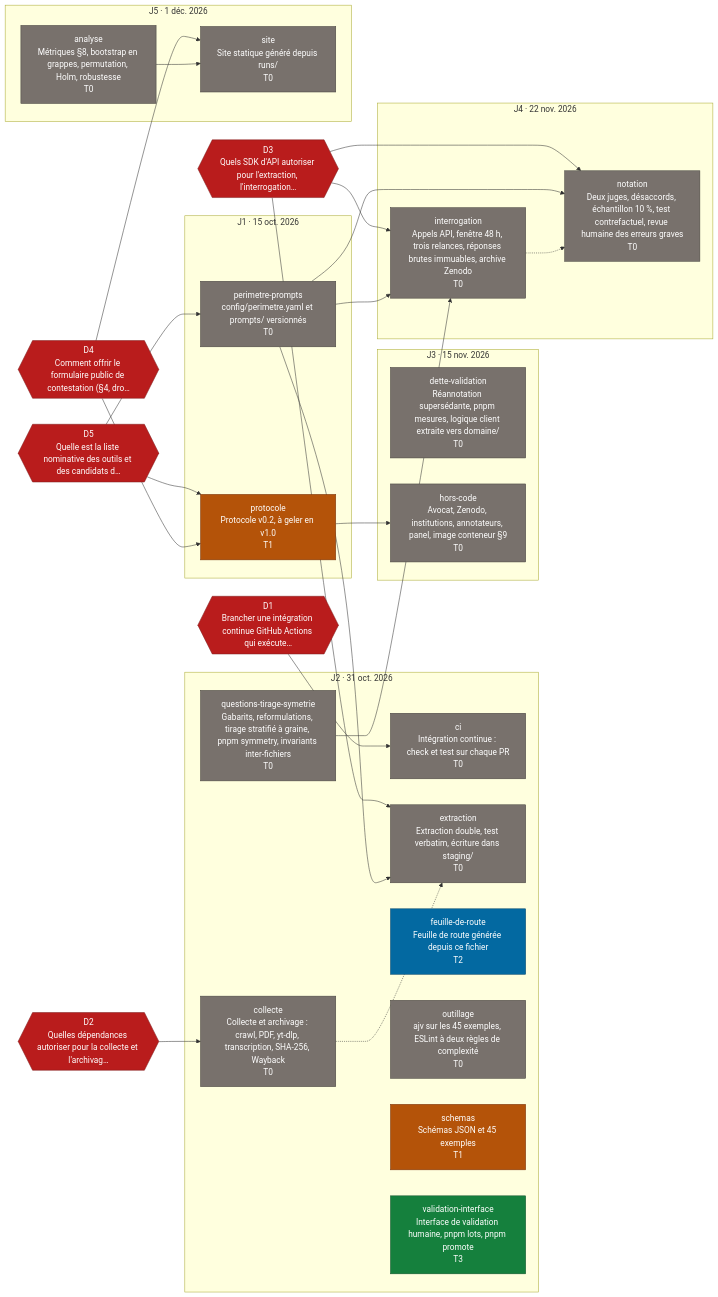
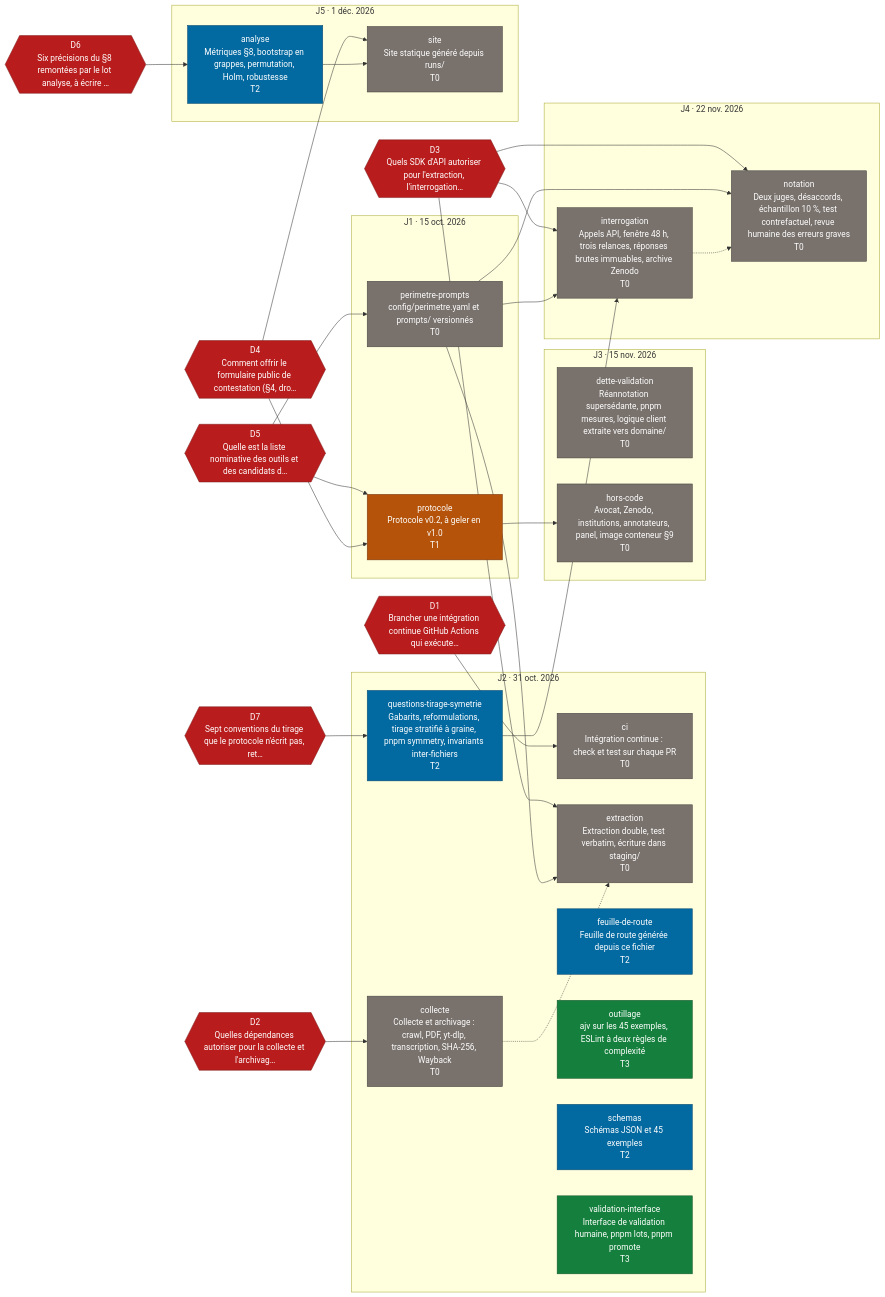
One commit to AzurNow/DEMOCRACIE_2027 changed the diagram in docs/FEUILLE-DE-ROUTE.md. Above: the diagram before and after it, drawn with Mermaid. The commit also changed other lines of this file and 3 other files, not shown here.

````diff
--- a/docs/FEUILLE-DE-ROUTE.md
+++ b/docs/FEUILLE-DE-ROUTE.md
@@ -82,57 +108,61 @@
 ```mermaid
 flowchart LR
   subgraph jalon_J1["J1 · 15 oct. 2026"]
     lot_perimetre_prompts["perimetre-prompts<br/>config/perimetre.yaml et prompts/ versionnés<br/>T0"]:::T0
     lot_protocole["protocole<br/>Protocole v0.2, à geler en v1.0<br/>T1"]:::T1
   end
   subgraph jalon_J2["J2 · 31 oct. 2026"]
     lot_ci["ci<br/>Intégration continue : check et test sur chaque PR<br/>T0"]:::T0
     lot_collecte["collecte<br/>Collecte et archivage : crawl, PDF, yt-dlp, transcription, SHA-256, Wayback<br/>T0"]:::T0
     lot_extraction["extraction<br/>Extraction double, test verbatim, écriture dans staging/<br/>T0"]:::T0
     lot_feuille_de_route["feuille-de-route<br/>Feuille de route générée depuis ce fichier<br/>T2"]:::T2
-    lot_outillage["outillage<br/>ajv sur les 45 exemples, ESLint à deux règles de complexité<br/>T0"]:::T0
-    lot_questions_tirage_symetrie["questions-tirage-symetrie<br/>Gabarits, reformulations, tirage stratifié à graine, pnpm symmetry, invariants inter-fichiers<br/>T0"]:::T0
-    lot_schemas["schemas<br/>Schémas JSON et 45 exemples<br/>T1"]:::T1
+    lot_outillage["outillage<br/>ajv sur les 45 exemples, ESLint à deux règles de complexité<br/>T3"]:::T3
+    lot_questions_tirage_symetrie["questions-tirage-symetrie<br/>Gabarits, reformulations, tirage stratifié à graine, pnpm symmetry, invariants inter-fichiers<br/>T2"]:::T2
+    lot_schemas["schemas<br/>Schémas JSON et 45 exemples<br/>T2"]:::T2
     lot_validation_interface["validation-interface<br/>Interface de validation humaine, pnpm lots, pnpm promote<br/>T3"]:::T3
   end
   subgraph jalon_J3["J3 · 15 nov. 2026"]
     lot_dette_validation["dette-validation<br/>Réannotation supersédante, pnpm mesures, logique client extraite vers domaine/<br/>T0"]:::T0
     lot_hors_code["hors-code<br/>Avocat, Zenodo, institutions, annotateurs, panel, image conteneur §9<br/>T0"]:::T0
   end
   subgraph jalon_J4["J4 · 22 nov. 2026"]
     lot_interrogation["interrogation<br/>Appels API, fenêtre 48 h, trois relances, réponses brutes immuables, archive Zenodo<br/>T0"]:::T0
     lot_notation["notation<br/>Deux juges, désaccords, échantillon 10 %, test contrefactuel, revue humaine des erreurs graves<br/>T0"]:::T0
   end
   subgraph jalon_J5["J5 · 1 déc. 2026"]
-    lot_analyse["analyse<br/>Métriques §8, bootstrap en grappes, permutation, Holm, robustesse<br/>T0"]:::T0
+    lot_analyse["analyse<br/>Métriques §8, bootstrap en grappes, permutation, Holm, robustesse<br/>T2"]:::T2
     lot_site["site<br/>Site statique généré depuis runs/<br/>T0"]:::T0
   end
   dec_D1{{"D1<br/>Brancher une intégration continue GitHub Actions qui exécute…"}}:::decision
   dec_D2{{"D2<br/>Quelles dépendances autoriser pour la collecte et l'archivag…"}}:::decision
   dec_D3{{"D3<br/>Quels SDK d'API autoriser pour l'extraction, l'interrogation…"}}:::decision
   dec_D4{{"D4<br/>Comment offrir le formulaire public de contestation (§4, dro…"}}:::decision
   dec_D5{{"D5<br/>Quelle est la liste nominative des outils et des candidats d…"}}:::decision
+  dec_D6{{"D6<br/>Six précisions du §8 remontées par le lot analyse, à écrire …"}}:::decision
+  dec_D7{{"D7<br/>Sept conventions du tirage que le protocole n'écrit pas, ret…"}}:::decision
   lot_collecte -.-> lot_extraction
   lot_perimetre_prompts --> lot_extraction
   lot_protocole --> lot_hors_code
   lot_perimetre_prompts --> lot_interrogation
   lot_questions_tirage_symetrie --> lot_interrogation
   lot_interrogation -.-> lot_notation
   lot_perimetre_prompts --> lot_notation
   lot_analyse --> lot_site
   dec_D1 --> lot_ci
   dec_D2 --> lot_collecte
   dec_D3 --> lot_extraction
   dec_D3 --> lot_interrogation
   dec_D3 --> lot_notation
   dec_D4 --> lot_protocole
   dec_D4 --> lot_site
   dec_D5 --> lot_perimetre_prompts
   dec_D5 --> lot_protocole
+  dec_D6 --> lot_analyse
+  dec_D7 --> lot_questions_tirage_symetrie
   classDef T0 fill:#78716c,color:#ffffff,stroke:#44403c
   classDef T1 fill:#b45309,color:#ffffff,stroke:#78350f
   classDef T2 fill:#0369a1,color:#ffffff,stroke:#0c4a6e
   classDef T3 fill:#15803d,color:#ffffff,stroke:#14532d
   classDef T4 fill:#1d4ed8,color:#ffffff,stroke:#1e3a8a
   classDef decision fill:#b91c1c,color:#ffffff,stroke:#7f1d1d
 ```
````
